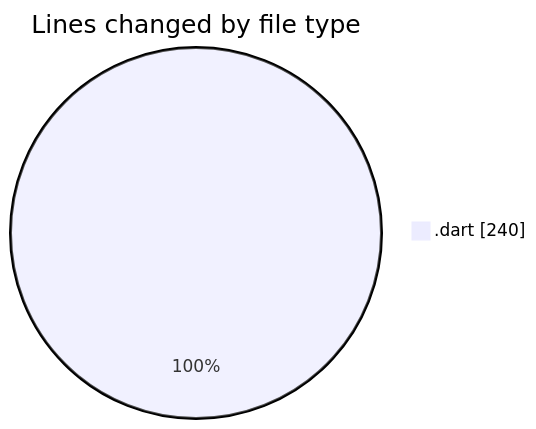
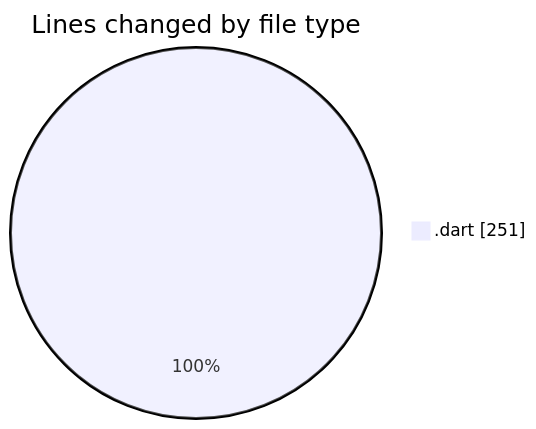
Before and after one commit to donsfak/code-tracking: the first of 2 diagrams in 2025-02-18/uber_clone/README.md, drawn with Mermaid. The commit also changed other lines of this file and 1 other file, not shown here.

````diff
--- a/2025-02-18/uber_clone/README.md
+++ b/2025-02-18/uber_clone/README.md
@@ -21,5 +21,5 @@
 ```mermaid
 pie showData
 title Lines changed by file type
-".dart" : 240
+".dart" : 251
 ```
````
